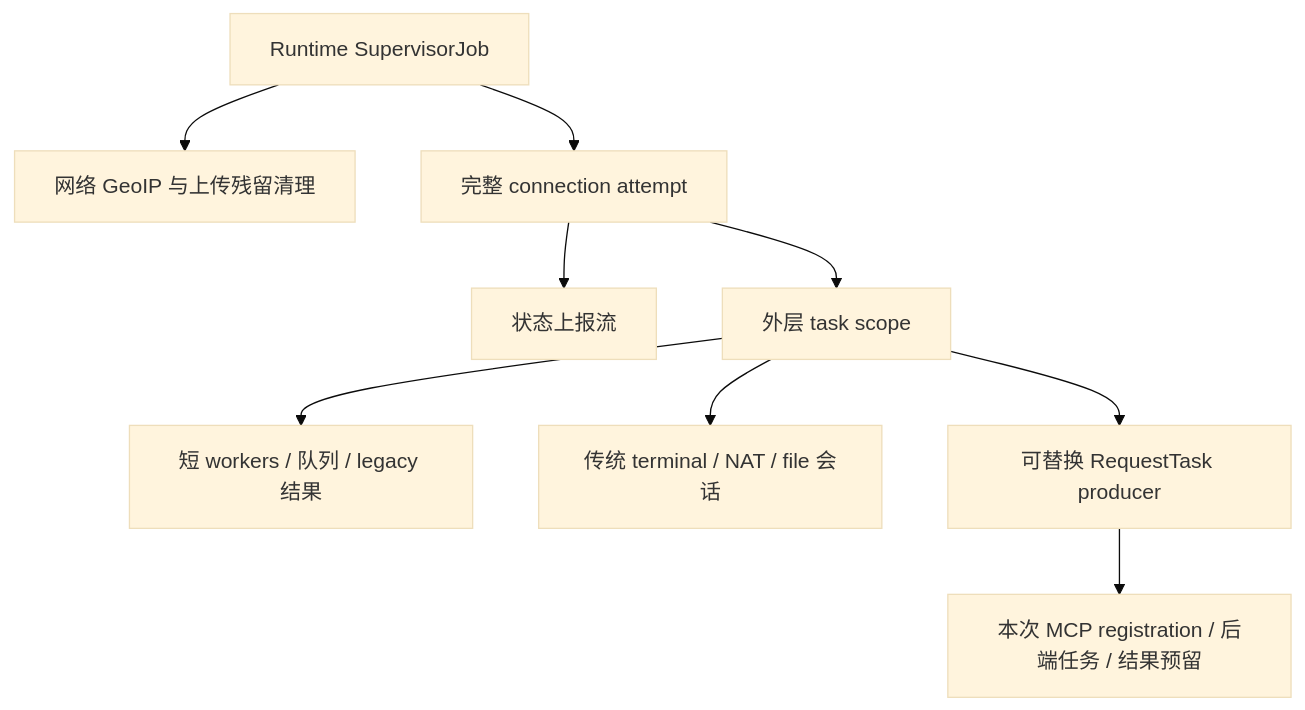
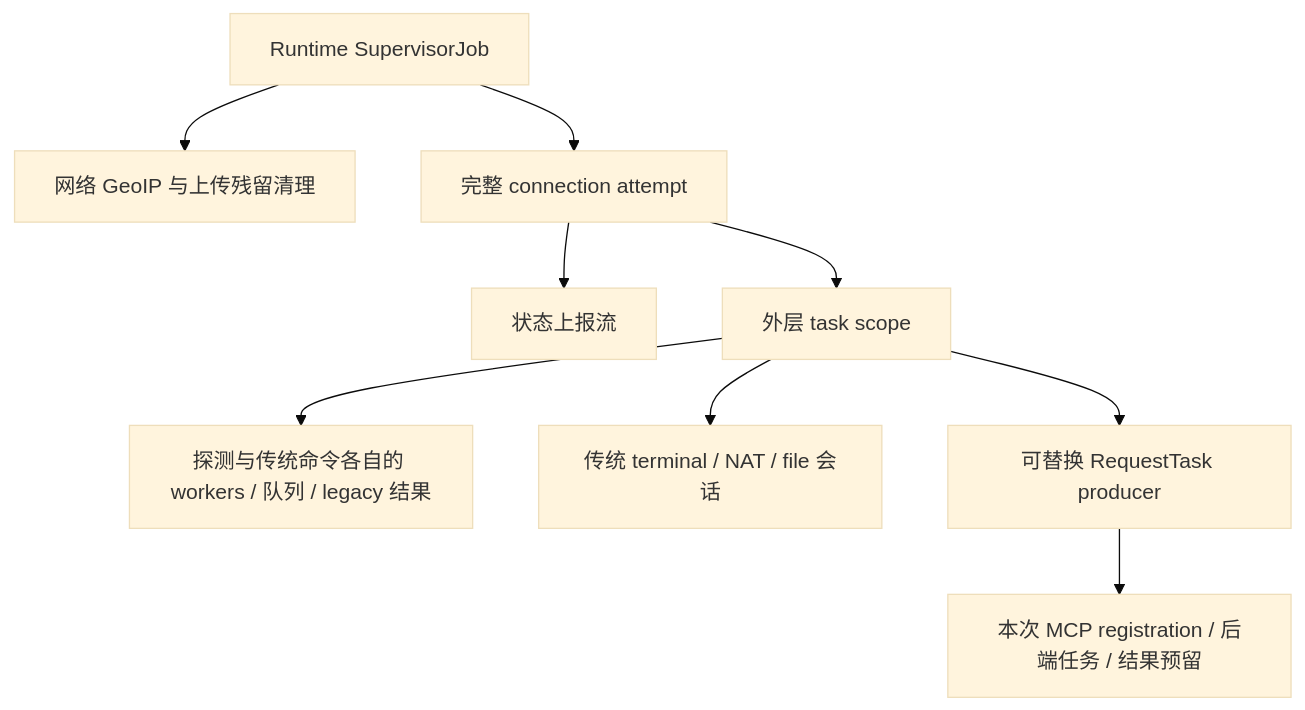
Before and after one commit to cancundeyingzi/nezha_agent_for_android: the diagram in docs/R1_RUNTIME.md, drawn with Mermaid (base theme). The commit also changed other lines of this file and 23 other files, not shown here.

````diff
--- a/docs/R1_RUNTIME.md
+++ b/docs/R1_RUNTIME.md
@@ -15,11 +15,11 @@
 ```mermaid
 flowchart TD
     runtime[Runtime SupervisorJob] --> network[网络 GeoIP 与上传残留清理]
     runtime --> connection[完整 connection attempt]
     connection --> metrics[状态上报流]
     connection --> tasks[外层 task scope]
-    tasks --> workers[短 workers / 队列 / legacy 结果]
+    tasks --> workers[探测与传统命令各自的 workers / 队列 / legacy 结果]
     tasks --> legacy[传统 terminal / NAT / file 会话]
     tasks --> producer[可替换 RequestTask producer]
     producer --> mcp[本次 MCP registration / 后端任务 / 结果预留]
 ```
````
